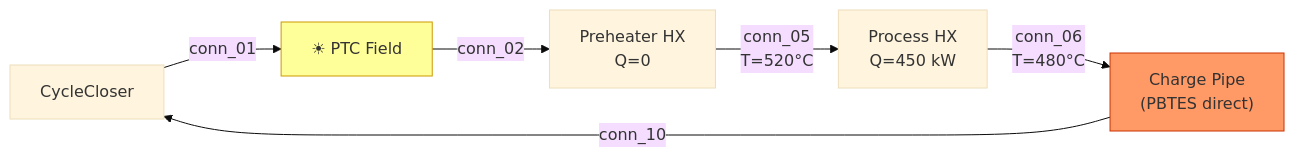
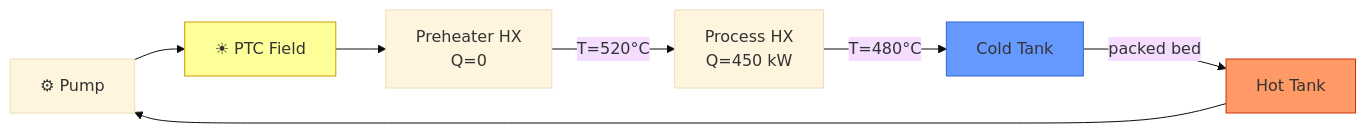
One commit to iwolde/pbtes-sim changed the eighth of 17 diagrams in insumos paper/PLANT_LAYOUTS_AND_MODES.md. Above: the diagram before and after it, drawn with Mermaid (base theme). The commit also changed other lines of this file and 1 other file, not shown here.

Commit message:
docs: Rewrite plant layouts with corrected Mode 5, 2-tank direct, pumps

````diff
--- a/insumos paper/PLANT_LAYOUTS_AND_MODES.md
+++ b/insumos paper/PLANT_LAYOUTS_AND_MODES.md
@@ -300,11 +337,13 @@
 ```mermaid
 graph LR
-    CC["CycleCloser"] -->|conn_01| PTC["☀ PTC Field"]
-    PTC -->|conn_02| PH["Preheater HX<br/>Q=0"]
-    PH -->|conn_05<br/>T=520°C| PR["Process HX<br/>Q=450 kW"]
-    PR -->|conn_06<br/>T=480°C| PIPE["Charge Pipe<br/>(PBTES direct)"]
-    PIPE -->|conn_10| CC
+    P1["⚙ Pump"] --> PTC["☀ PTC Field"]
+    PTC --> PH["Preheater HX<br/>Q=0"]
+    PH -->|"T=520°C"| PR["Process HX<br/>Q=450 kW"]
+    PR -->|"T=480°C"| CT["Cold Tank"]
+    CT -->|"packed bed"| HT["Hot Tank"]
+    HT --> P1
 
     style PTC fill:#ff9,stroke:#c90
-    style PIPE fill:#f96,stroke:#c30
+    style CT fill:#69f,stroke:#36c
+    style HT fill:#f96,stroke:#c30
 ```
````
